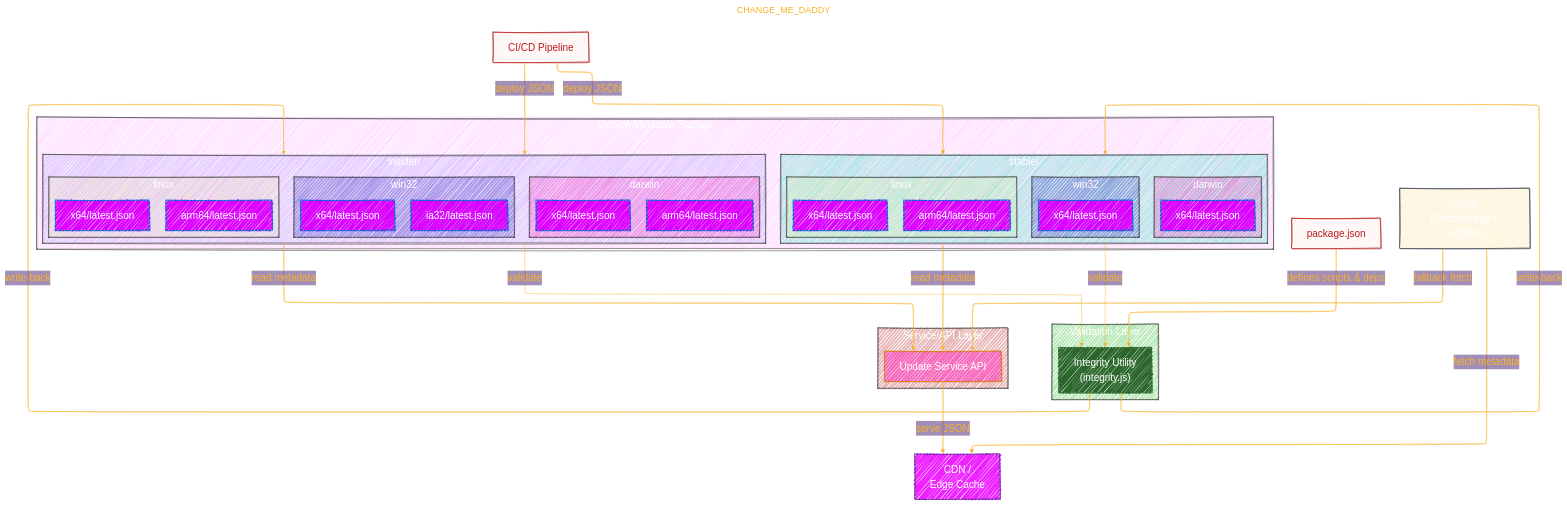
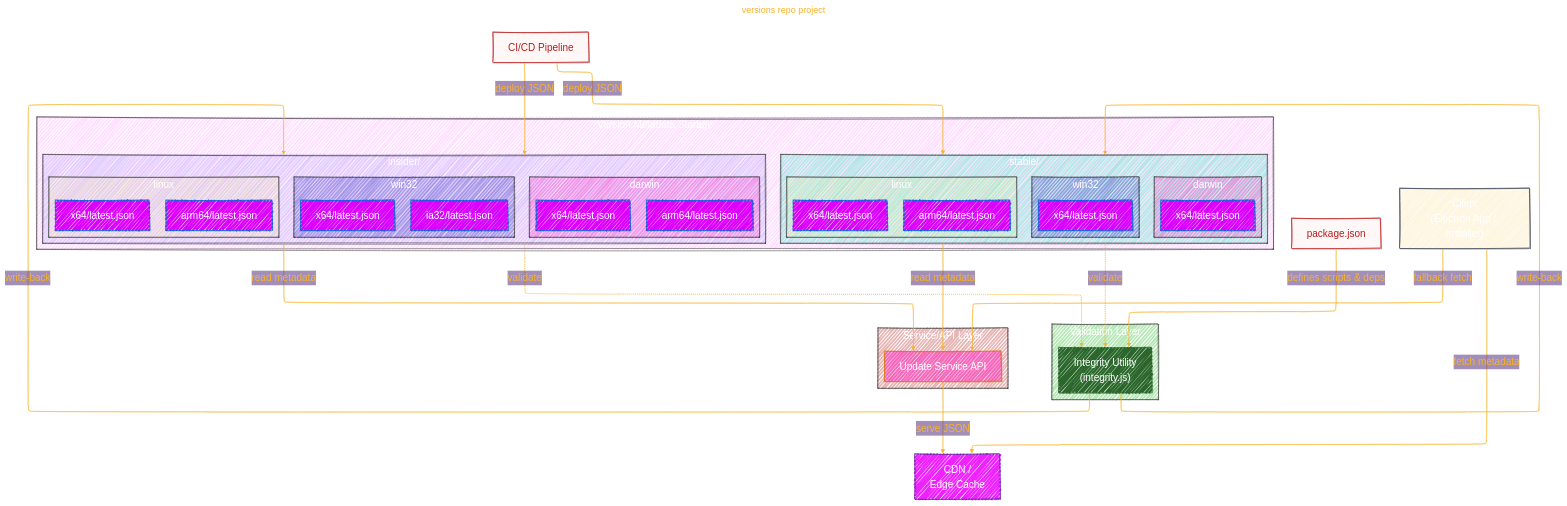
Before and after one commit to CongLeSolutionX/ArchExplorer: the first of 2 diagrams in VSCodium/versions.md, drawn with Mermaid. The commit also changed 1 other file, not shown here.

Commit message:
update notes

````diff
--- a/VSCodium/versions.md
+++ b/VSCodium/versions.md
@@ -45,6 +45,6 @@
 ```mermaid
 ---
-title: "CHANGE_ME_DADDY"
+title: "versions repo project"
 author: "Cong Le"
 version: "1.0"
 license(s): "MIT, CC BY-SA 4.0"
````
